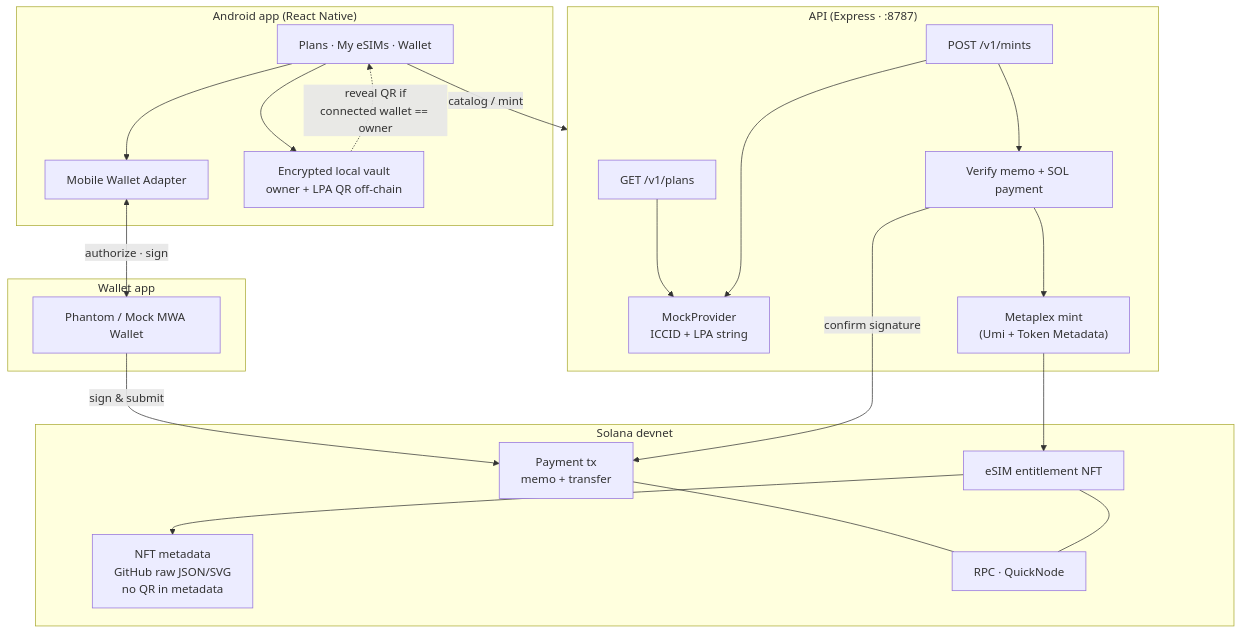
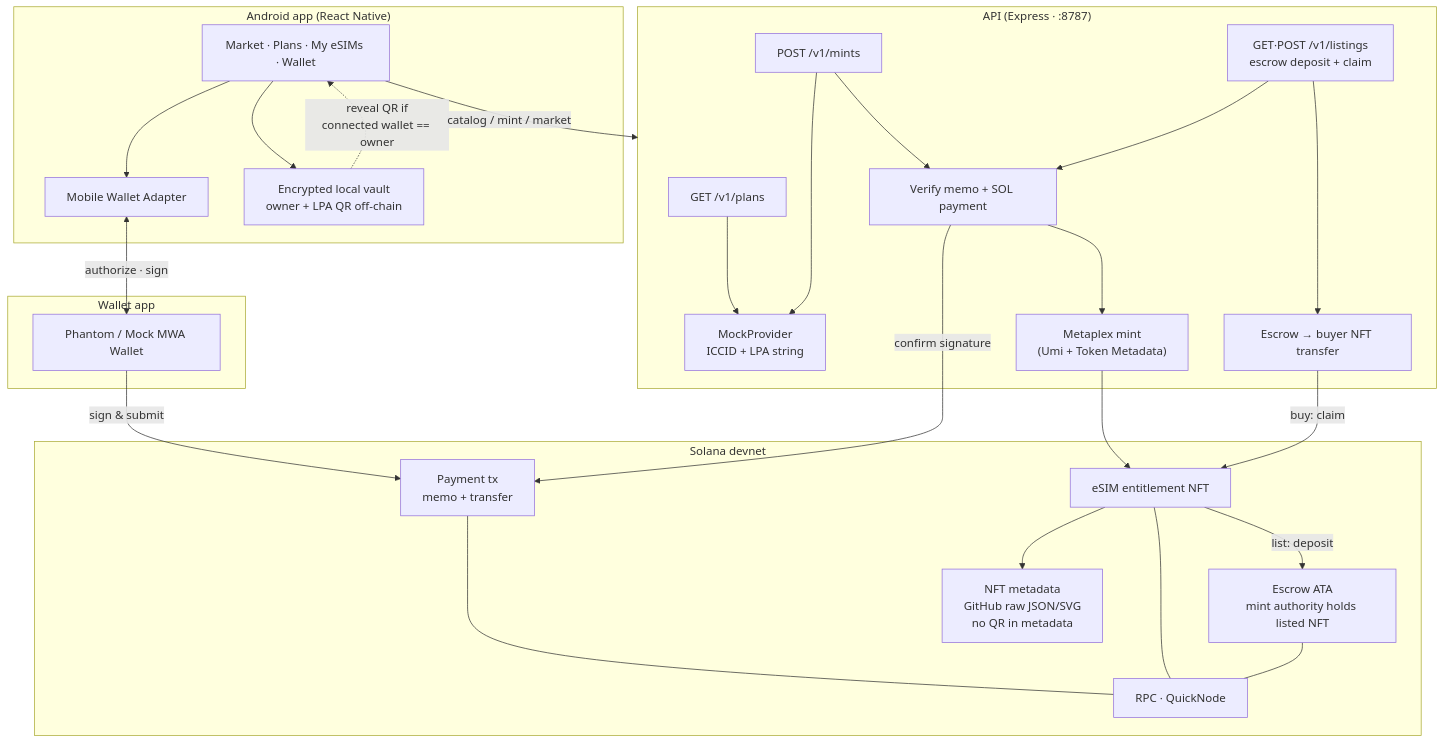
The diagram in README.md (botmechanic/solsim), drawn with Mermaid before and after one commit. The commit also changed other lines of this file and 4 other files, not shown here.

````diff
--- a/README.md
+++ b/README.md
@@ -11,42 +13,50 @@
 ```mermaid
 flowchart TB
   subgraph client ["Android app (React Native)"]
-    UI["Plans · My eSIMs · Wallet"]
+    UI["Market · Plans · My eSIMs · Wallet"]
     MWA["Mobile Wallet Adapter"]
     Vault["Encrypted local vault<br/>owner + LPA QR off-chain"]
     UI --> MWA
     UI --> Vault
   end
 
   subgraph wallet ["Wallet app"]
     Phantom["Phantom / Mock MWA Wallet"]
   end
 
   subgraph api ["API (Express · :8787)"]
     Plans["GET /v1/plans"]
     Mints["POST /v1/mints"]
+    Listings["GET·POST /v1/listings<br/>escrow deposit + claim"]
     Mock["MockProvider<br/>ICCID + LPA string"]
     Verify["Verify memo + SOL payment"]
     MintSvc["Metaplex mint<br/>(Umi + Token Metadata)"]
+    Transfer["Escrow → buyer NFT transfer"]
     Plans --> Mock
     Mints --> Verify --> MintSvc
     Mints --> Mock
+    Listings --> Verify
+    Listings --> Transfer
   end
 
   subgraph chain ["Solana devnet"]
     Tx["Payment tx<br/>memo + transfer"]
     NFT["eSIM entitlement NFT"]
+    Escrow["Escrow ATA<br/>mint authority holds listed NFT"]
     Meta["NFT metadata<br/>GitHub raw JSON/SVG<br/>no QR in metadata"]
     Rpc["RPC · QuickNode"]
     Tx --- Rpc
     NFT --- Rpc
+    Escrow --- Rpc
   end
 
-  UI -->|"catalog / mint"| api
+  UI -->|"catalog / mint / market"| api
   MWA <-->|"authorize · sign"| Phantom
   Phantom -->|"sign & submit"| Tx
   Verify -->|"confirm signature"| Tx
   MintSvc --> NFT
+  NFT -->|"list: deposit"| Escrow
+  Transfer -->|"buy: claim"| NFT
   NFT --> Meta
   Vault -.->|"reveal QR if<br/>connected wallet == owner"| UI
 ```
````
